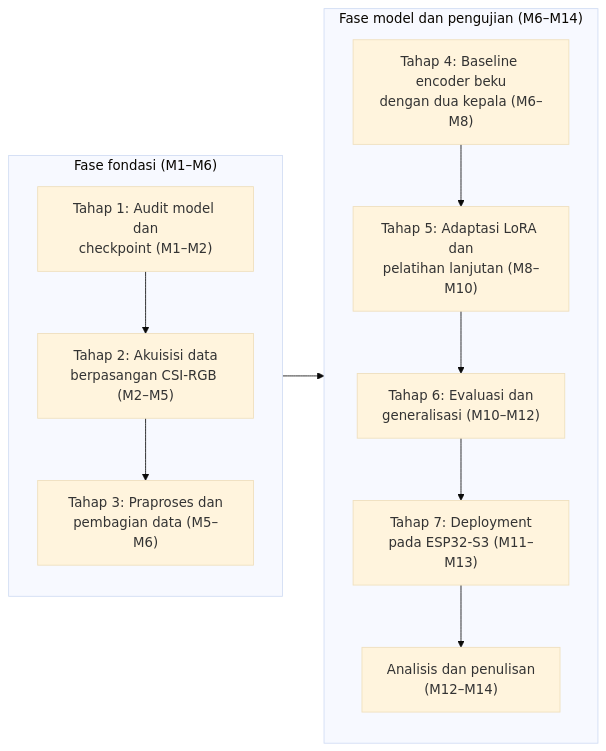
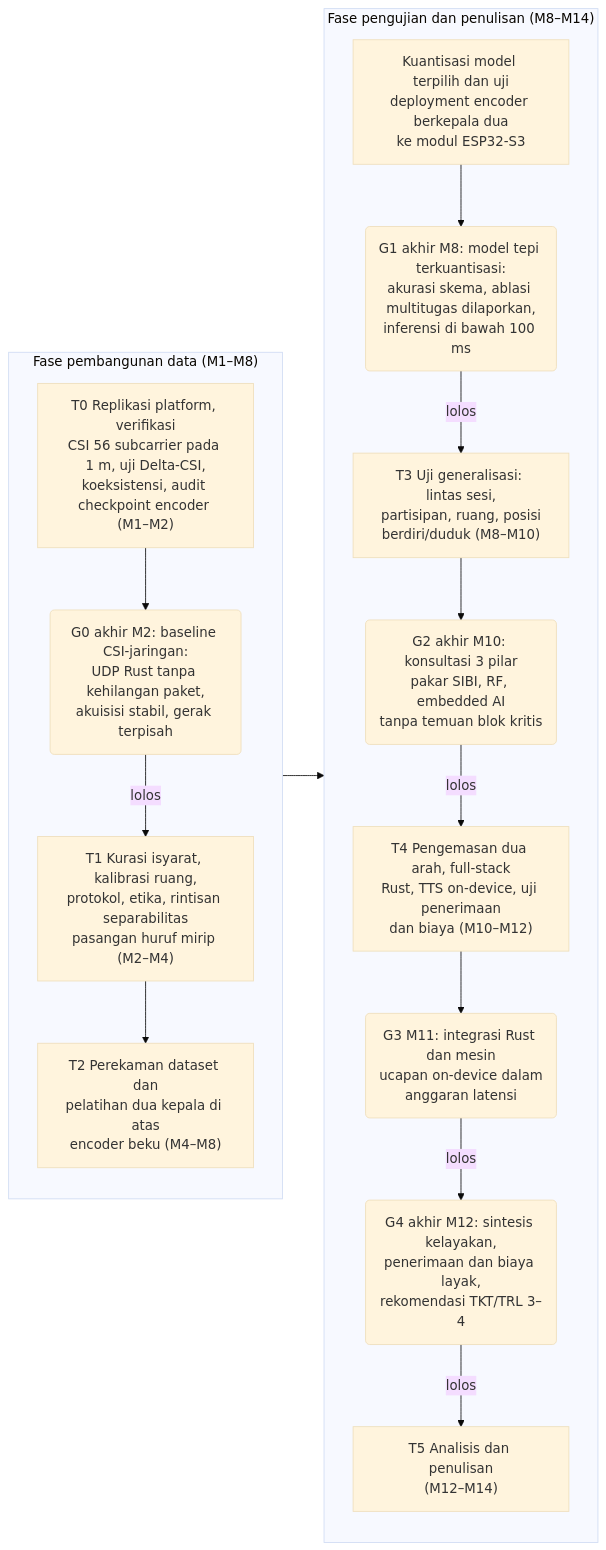
One commit to ILoveTahuTek/skripsi changed the first of 3 diagrams in download/sensesibi-v10/_kerja-g16/src/03-bab3.md. Above: the diagram before and after it, drawn with Mermaid (base theme). The commit also changed other lines of this file and 30 other files, not shown here.

````diff
--- a/download/sensesibi-v10/_kerja-g16/src/03-bab3.md
+++ b/download/sensesibi-v10/_kerja-g16/src/03-bab3.md
@@ -23,29 +11,35 @@
 ```mermaid
 flowchart LR
-    accTitle: Tujuh tahap penelitian dari audit model sampai deployment
-    accDescr: Fase fondasi berisi Tahap 1 audit model dan checkpoint, Tahap 2 akuisisi data berpasangan CSI dan RGB, serta Tahap 3 praproses dan pembagian data. Fase model dan pengujian berisi Tahap 4 baseline encoder beku dengan dua kepala, Tahap 5 adaptasi LoRA dan pelatihan lanjutan, Tahap 6 evaluasi dan generalisasi, Tahap 7 deployment pada ESP32-S3, lalu analisis dan penulisan.
+    accTitle: Tahapan penelitian T0 sampai T5 dengan gerbang keputusan G0 sampai G4
+    accDescr: Diagram dua fase. Fase pembangunan data berisi T0 replikasi platform dan audit checkpoint encoder, gerbang G0 baseline, T1 kurasi isyarat, dan T2 perekaman dataset serta pelatihan dua kepala. Fase pengujian berisi kuantisasi model, gerbang G1 model tepi, T3 uji generalisasi, gerbang G2 konsultasi tiga pilar, T4 pengemasan purwarupa, gerbang G3 integrasi mesin ucapan, gerbang G4 sintesis kelayakan, dan T5 analisis serta penulisan.
 
-    subgraph FA["Fase fondasi (M1–M6)"]
+    subgraph KA["Fase pembangunan data (M1–M8)"]
         direction TB
-    T1["Tahap 1: Audit model dan<br/>checkpoint (M1–M2)"]
-    T2["Tahap 2: Akuisisi data<br/>berpasangan CSI-RGB (M2–M5)"]
-    T3["Tahap 3: Praproses dan<br/>pembagian data (M5–M6)"]
+    T0["T0 Replikasi platform, verifikasi<br/>CSI 56 subcarrier pada 1 m, uji Delta-CSI,<br/>koeksistensi, audit checkpoint encoder (M1–M2)"]
+    G0("G0 akhir M2: baseline CSI-jaringan:<br/>UDP Rust tanpa kehilangan paket,<br/>akuisisi stabil, gerak terpisah")
+    T1["T1 Kurasi isyarat, kalibrasi ruang,<br/>protokol, etika, rintisan separabilitas<br/>pasangan huruf mirip (M2–M4)"]
+    T2["T2 Perekaman dataset dan<br/>pelatihan dua kepala di atas<br/>encoder beku (M4–M8)"]
+    T0 --> G0
+    G0 -- "lolos" --> T1
     T1 --> T2
-    T2 --> T3
     end
-
-    subgraph FB["Fase model dan pengujian (M6–M14)"]
+    subgraph KB["Fase pengujian dan penulisan (M8–M14)"]
         direction TB
-    T4["Tahap 4: Baseline encoder beku<br/>dengan dua kepala (M6–M8)"]
-    T5["Tahap 5: Adaptasi LoRA dan<br/>pelatihan lanjutan (M8–M10)"]
-    T6["Tahap 6: Evaluasi dan<br/>generalisasi (M10–M12)"]
-    T7["Tahap 7: Deployment<br/>pada ESP32-S3 (M11–M13)"]
-    T8["Analisis dan penulisan<br/>(M12–M14)"]
-    T4 --> T5
-    T5 --> T6
-    T6 --> T7
-    T7 --> T8
+    T2B["Kuantisasi model terpilih dan uji<br/>deployment encoder berkepala dua<br/>ke modul ESP32-S3"]
+    G1("G1 akhir M8: model tepi terkuantisasi:<br/>akurasi skema, ablasi multitugas dilaporkan,<br/>inferensi di bawah 100 ms")
+    T3["T3 Uji generalisasi: lintas sesi,<br/>partisipan, ruang, posisi<br/>berdiri/duduk (M8–M10)"]
+    G2("G2 akhir M10: konsultasi 3 pilar<br/>pakar SIBI, RF, embedded AI<br/>tanpa temuan blok kritis")
+    T4["T4 Pengemasan dua arah, full-stack<br/>Rust, TTS on-device, uji penerimaan<br/>dan biaya (M10–M12)"]
+    G3("G3 M11: integrasi Rust dan mesin<br/>ucapan on-device dalam<br/>anggaran latensi")
+    G4("G4 akhir M12: sintesis kelayakan,<br/>penerimaan dan biaya layak,<br/>rekomendasi TKT/TRL 3–4")
+    T5["T5 Analisis dan penulisan<br/>(M12–M14)"]
+    T2B --> G1
+    G1 -- "lolos" --> T3
+    T3 --> G2
+    G2 -- "lolos" --> T4
+    T4 --> G3
+    G3 -- "lolos" --> G4
+    G4 -- "lolos" --> T5
     end
-
-    FA --> FB
+    KA --> KB
 ```
````
